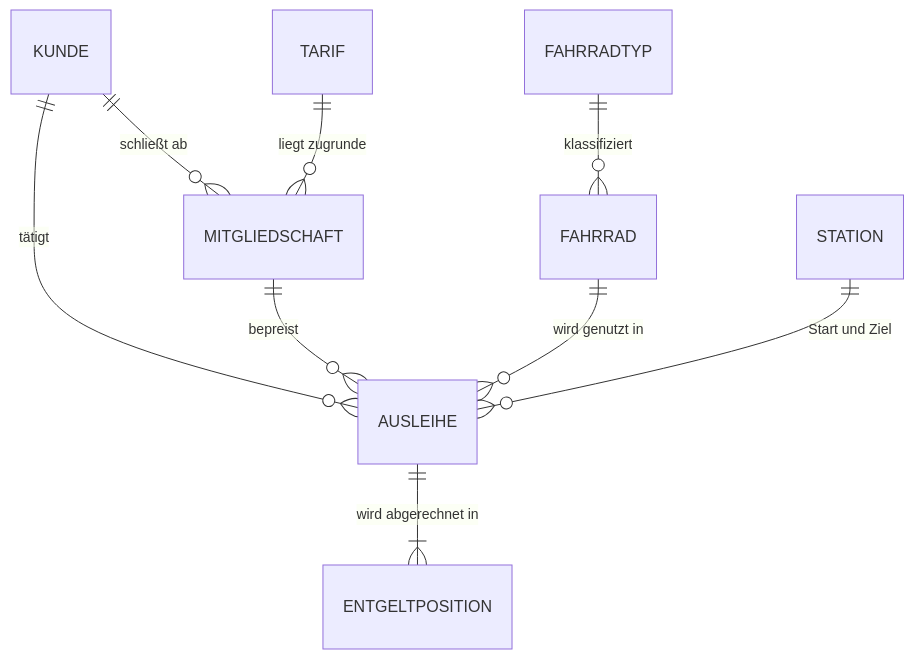
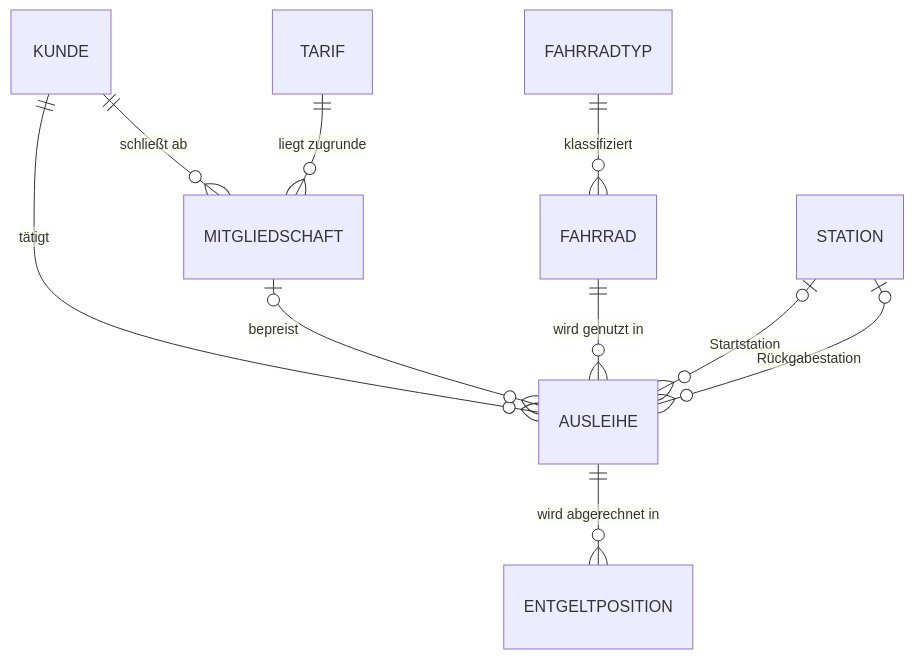
One commit to swrobuts/velocity-fallstudie changed the diagram in doku/datenmodell/erd/erm-konzeptionell.mmd. Above: the diagram before and after it, drawn with Mermaid. The commit also changed 18 other files, not shown here.

```diff
--- a/doku/datenmodell/erd/erm-konzeptionell.mmd
+++ b/doku/datenmodell/erd/erm-konzeptionell.mmd
@@ -1,9 +1,10 @@
 erDiagram
     KUNDE          ||--o{ MITGLIEDSCHAFT : "schließt ab"
     TARIF          ||--o{ MITGLIEDSCHAFT : "liegt zugrunde"
     KUNDE          ||--o{ AUSLEIHE       : "tätigt"
-    MITGLIEDSCHAFT ||--o{ AUSLEIHE       : "bepreist"
+    MITGLIEDSCHAFT |o--o{ AUSLEIHE       : "bepreist"
     FAHRRAD        ||--o{ AUSLEIHE       : "wird genutzt in"
-    STATION        ||--o{ AUSLEIHE       : "Start und Ziel"
+    STATION        |o--o{ AUSLEIHE       : "Startstation"
+    STATION        |o--o{ AUSLEIHE       : "Rückgabestation"
     FAHRRADTYP     ||--o{ FAHRRAD        : "klassifiziert"
-    AUSLEIHE       ||--|{ ENTGELTPOSITION : "wird abgerechnet in"
+    AUSLEIHE       ||--o{ ENTGELTPOSITION : "wird abgerechnet in"
```
